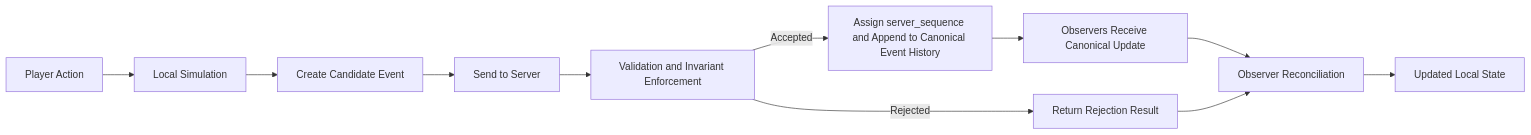
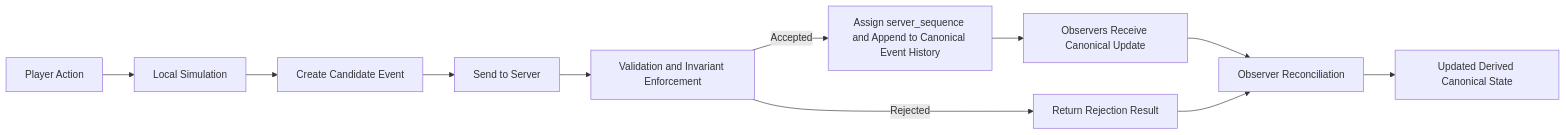
One commit to godofthunder101/crypsa-architecture changed the diagram in diagrams/CrypSA_Event_Flow.md. Above: the diagram before and after it, drawn with Mermaid. The commit also changed other lines of this file, not shown here.

Commit message:
Update event flow terminology in CrypSA diagram

`````diff
--- a/diagrams/CrypSA_Event_Flow.md
+++ b/diagrams/CrypSA_Event_Flow.md
@@ -15,17 +15,17 @@
 ```mermaid
 flowchart LR
 
 A[Player Action] --> B[Local Simulation]
 B --> C[Create Candidate Event]
 C --> D[Send to Server]
 
 D --> E[Validation and Invariant Enforcement]
 
 E -->|Accepted| F[Assign server_sequence and Append to Canonical Event History]
 E -->|Rejected| G[Return Rejection Result]
 
 F --> H[Observers Receive Canonical Update]
 H --> J[Observer Reconciliation]
 G --> J
-J --> K[Updated Local State]
+J --> K[Updated Derived Canonical State]
 ````
`````
